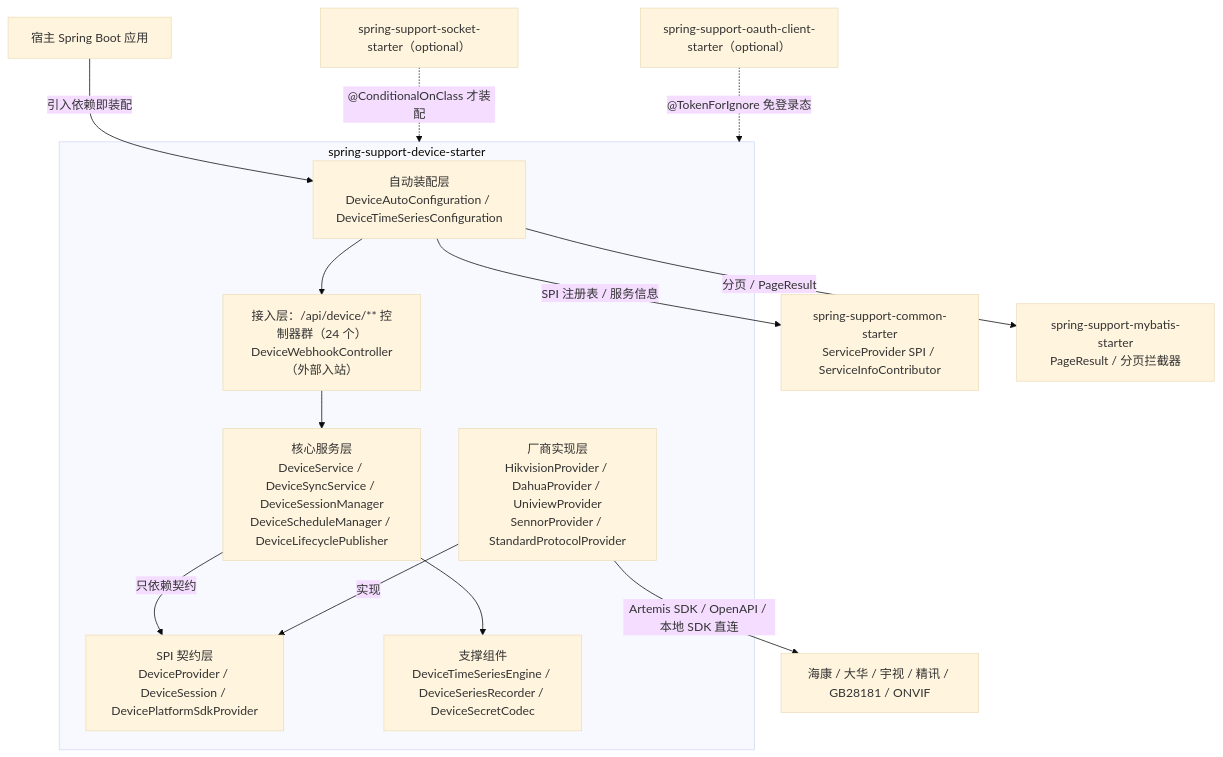
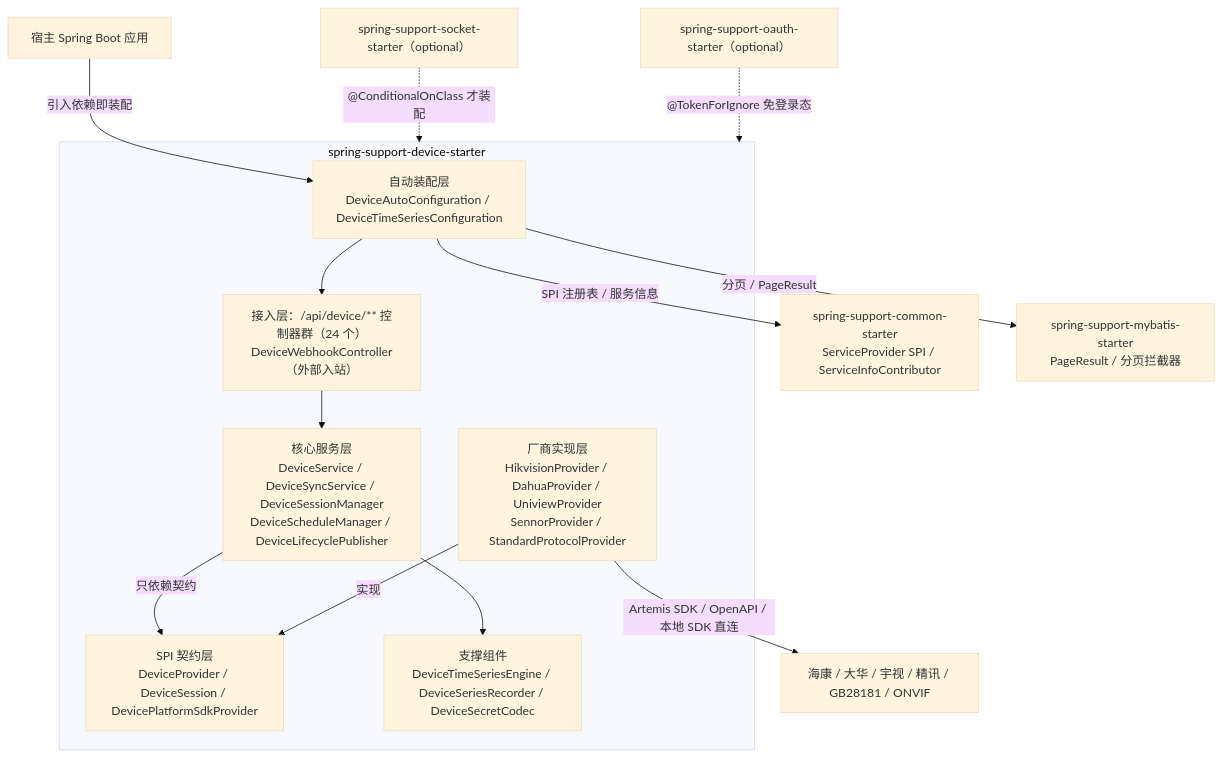
Before and after one commit to CHTK001/spring-support-parent-starter: the first of 2 diagrams in spring-support-device-starter/README.md, drawn with Mermaid (base theme). The commit also changed other lines of this file and 246 other files, not shown here.

````diff
--- a/spring-support-device-starter/README.md
+++ b/spring-support-device-starter/README.md
@@ -7,30 +7,30 @@
 ```mermaid
 flowchart TB
     APP["宿主 Spring Boot 应用"]
 
     subgraph MOD["spring-support-device-starter"]
         AC["自动装配层<br/>DeviceAutoConfiguration / DeviceTimeSeriesConfiguration"]
         WEB["接入层：/api/device/** 控制器群（24 个）<br/>DeviceWebhookController（外部入站）"]
         SVC["核心服务层<br/>DeviceService / DeviceSyncService / DeviceSessionManager<br/>DeviceScheduleManager / DeviceLifecyclePublisher"]
         SPIP["SPI 契约层<br/>DeviceProvider / DeviceSession / DevicePlatformSdkProvider"]
         IMPL["厂商实现层<br/>HikvisionProvider / DahuaProvider / UniviewProvider<br/>SennorProvider / StandardProtocolProvider"]
         TS["支撑组件<br/>DeviceTimeSeriesEngine / DeviceSeriesRecorder / DeviceSecretCodec"]
     end
 
     COMMON["spring-support-common-starter<br/>ServiceProvider SPI / ServiceInfoContributor"]
     MYB["spring-support-mybatis-starter<br/>PageResult / 分页拦截器"]
     SOC["spring-support-socket-starter（optional）"]
-    OA["spring-support-oauth-client-starter（optional）"]
+    OA["spring-support-oauth-starter（optional）"]
     VENDOR["海康 / 大华 / 宇视 / 精讯 / GB28181 / ONVIF"]
 
     APP -->|"引入依赖即装配"| AC
     AC -->|"SPI 注册表 / 服务信息"| COMMON
     AC -->|"分页 / PageResult"| MYB
     SOC -.->|"@ConditionalOnClass 才装配"| MOD
     OA -.->|"@TokenForIgnore 免登录态"| MOD
     AC --> WEB --> SVC
     SVC -->|"只依赖契约"| SPIP
     IMPL -->|"实现"| SPIP
     IMPL -->|"Artemis SDK / OpenAPI / 本地 SDK 直连"| VENDOR
     SVC --> TS
 ```
````
